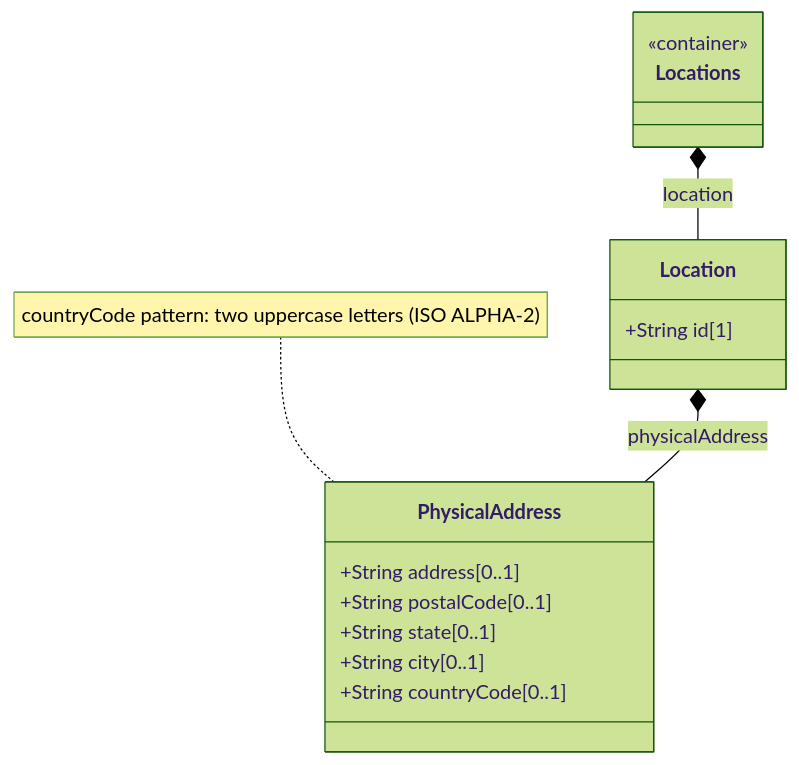
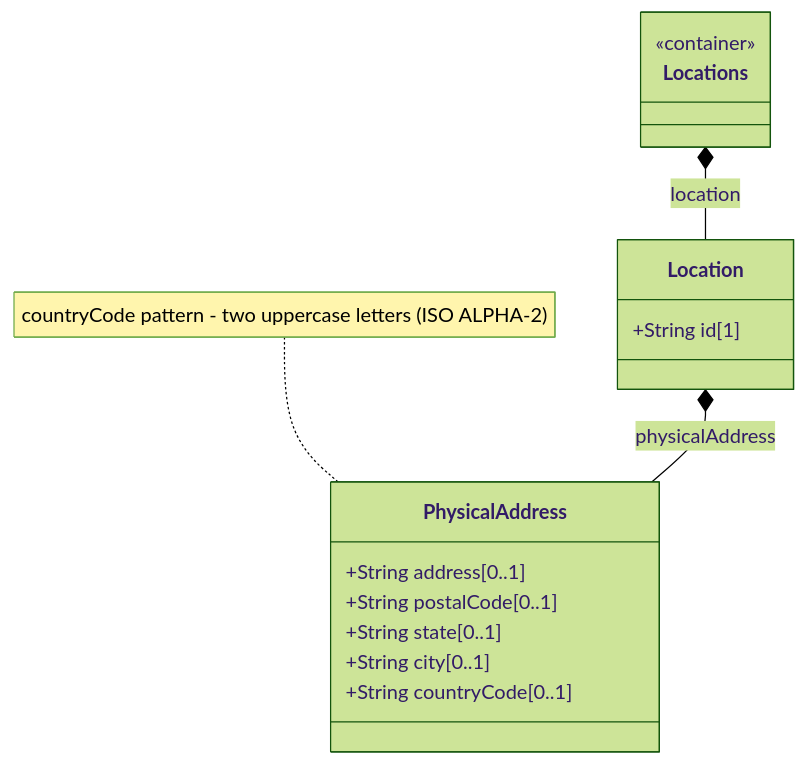
One commit to gintatkinson/3dgs-030 changed the diagram in docs/features/feat-02-physical-address.md. Above: the diagram before and after it, drawn with Mermaid (forest theme). The commit also changed 12 other files, not shown here.

Commit message:
fix: remove colons from Mermaid note strings and <<case>> from relationship edges across all features, epics, and use cases

````diff
--- a/docs/features/feat-02-physical-address.md
+++ b/docs/features/feat-02-physical-address.md
@@ -23,19 +23,19 @@
 ```mermaid
 classDiagram
     class Locations {
         <<container>>
     }
     class Location {
         +String id[1]
     }
     class PhysicalAddress {
         +String address[0..1]
         +String postalCode[0..1]
         +String state[0..1]
         +String city[0..1]
         +String countryCode[0..1]
     }
     Locations *-- Location : location
     Location *-- PhysicalAddress : physicalAddress
-    note for PhysicalAddress "countryCode pattern: two uppercase letters (ISO ALPHA-2)"
+    note for PhysicalAddress "countryCode pattern - two uppercase letters (ISO ALPHA-2)"
 ```
````
